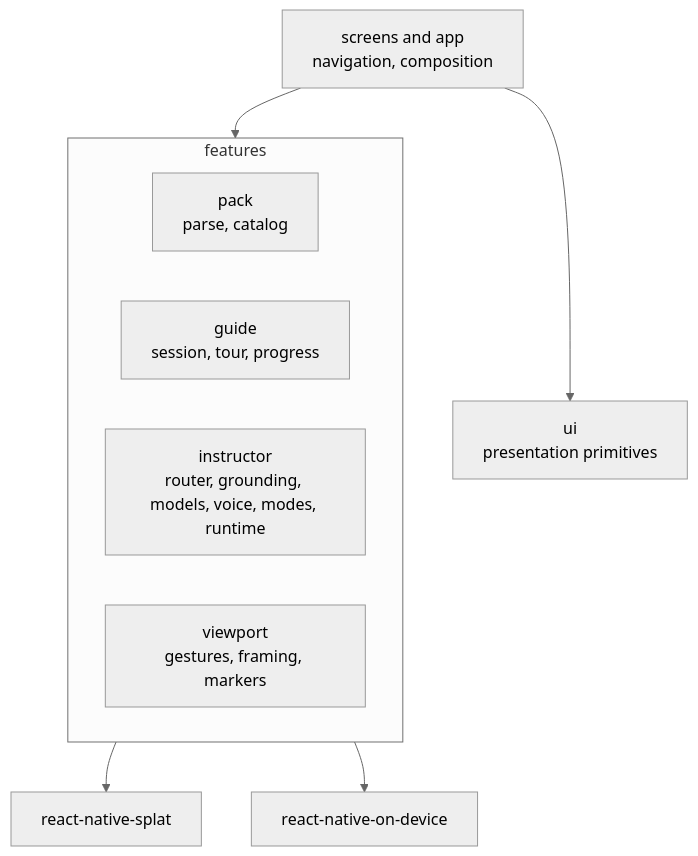
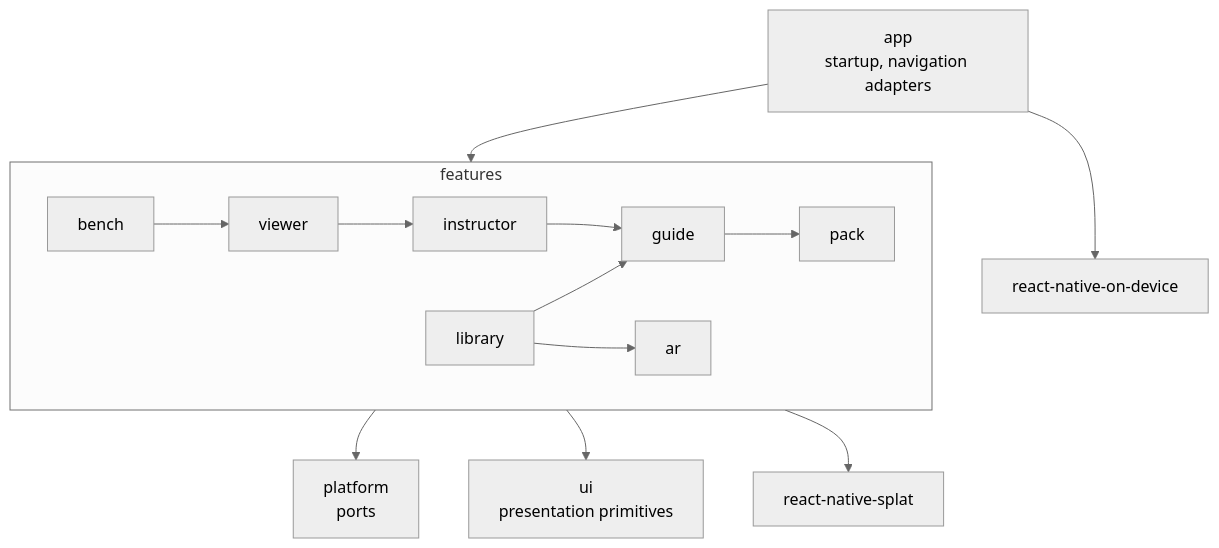
One commit to Xget7/splat-field-guide changed the diagram in apps/field-guide/README.md. Above: the diagram before and after it, drawn with Mermaid (neutral theme). The commit also changed other lines of this file and 1 other file, not shown here.

Commit message:
Describe the slice composition in the ownership table and app README

````diff
--- a/apps/field-guide/README.md
+++ b/apps/field-guide/README.md
@@ -11,14 +11,15 @@
 ```mermaid
 flowchart TB
-  screens["screens and app<br/>navigation, composition"] --> features
-  screens --> ui["ui<br/>presentation primitives"]
+  app["app<br/>startup, navigation adapters"] --> features
   subgraph features["features"]
     direction LR
-    pack["pack<br/>parse, catalog"]
-    guide["guide<br/>session, tour, progress"]
-    instructor["instructor<br/>router, grounding, models, voice, modes, runtime"]
-    viewport["viewport<br/>gestures, framing, markers"]
+    library --> guide
+    library --> ar
+    bench --> viewer
+    viewer --> instructor --> guide --> pack
   end
-  viewport --> splatPkg["react-native-splat"]
-  instructor --> onDevicePkg["react-native-on-device"]
+  features --> platform["platform<br/>ports"]
+  features --> ui["ui<br/>presentation primitives"]
+  features --> splatPkg["react-native-splat"]
+  app --> onDevicePkg["react-native-on-device"]
 ```
````
